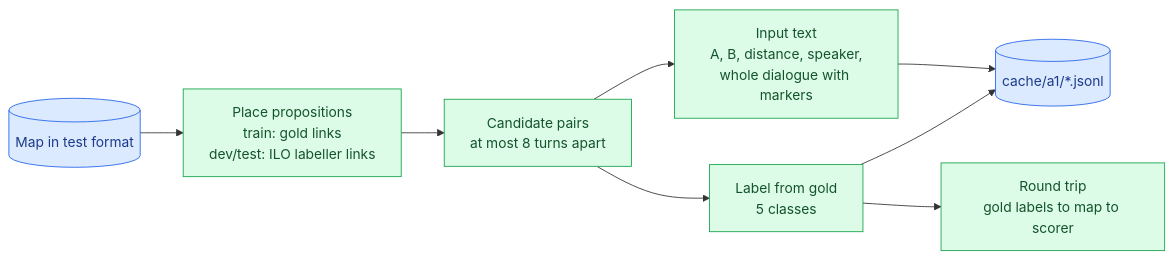
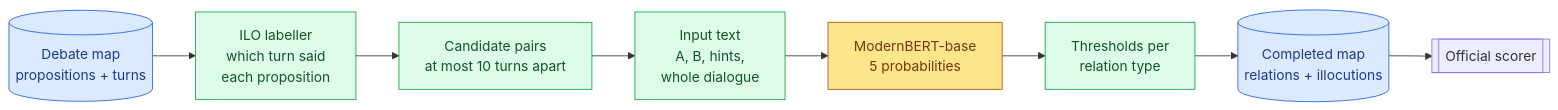
Before and after one commit to KuuNL/Argument-Mining: the first of 4 diagrams in reports/A1-cross-encoder.md, drawn with Mermaid. The commit also changed other lines of this file and 20 other files, not shown here.

````diff
--- a/reports/A1-cross-encoder.md
+++ b/reports/A1-cross-encoder.md
@@ -21,14 +27,16 @@
 ```mermaid
 flowchart LR
-  M[("Map in test format")] --> P["Place propositions<br/>train: gold links<br/>dev/test: ILO labeller links"]
-  P --> C["Candidate pairs<br/>at most 8 turns apart"]
-  C --> X["Input text<br/>A, B, distance, speaker,<br/>whole dialogue with markers"]
-  C --> L["Label from gold<br/>5 classes"]
-  X --> O[("cache/a1/*.jsonl")]
-  L --> O
-  L --> R["Round trip<br/>gold labels to map to scorer"]
+  M[("Debate map<br/>propositions + turns")] --> L["ILO labeller<br/>which turn said<br/>each proposition"]
+  L --> P["Candidate pairs<br/>at most 10 turns apart"]
+  P --> X["Input text<br/>A, B, hints,<br/>whole dialogue"]
+  X --> B["ModernBERT-base<br/>5 probabilities"]
+  B --> T["Thresholds per<br/>relation type"]
+  T --> O[("Completed map<br/>relations + illocutions")]
+  O --> S[["Official scorer"]]
   classDef data fill:#dbeafe,stroke:#2563eb,color:#1e3a8a
   classDef step fill:#dcfce7,stroke:#16a34a,color:#14532d
+  classDef model fill:#fde68a,stroke:#b45309,color:#78350f
   class M,O data
-  class P,C,X,L,R step
+  class L,P,X,T step
+  class B model
 ```
````
